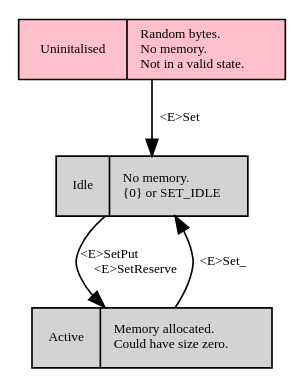
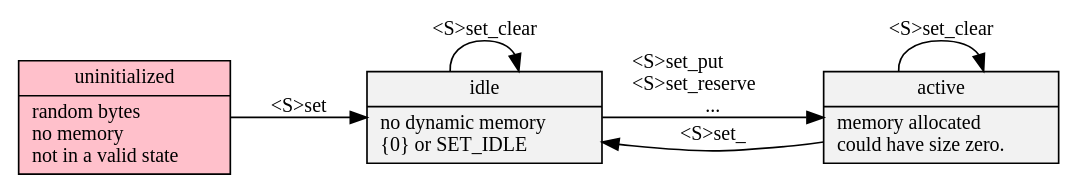
The diagram in web/states.gv (neil-edelman/boxes), drawn with Graphviz before and after one commit. The commit also changed 2 other files, not shown here.

```diff
--- a/web/states.gv
+++ b/web/states.gv
@@ -1,15 +1,18 @@
 digraph {
-	//rankdir = LR;
-	fontname = "Bitstream Vera Sans"
-	fontsize = 8
-	node [ fontname = "Bitstream Vera Sans" fontsize = 8 shape = "record" ]
-	edge [ fontname = "Bitstream Vera Sans" fontsize = 8 ]
+	rankdir = LR;
+	node [shape = "record", style=filled, fillcolor="Grey95"];
+	fontname = "Bitstream Vera Sans";
+	fontsize = 12;
+	node [fontname = "Bitstream Vera Sans", fontsize = 12];
+	edge [fontname = "Bitstream Vera Sans" fontsize = 12];
 
-	node [ shape=record, style=filled ];
-	null [ label = "Uninitalised|Random bytes.\lNo memory.\lNot in a valid state.\l", fillcolor = pink ];
-	static [ label = "Idle|No memory.\l\{0\} or SET_IDLE\l" ];
-	dynamic [ label = "Active|Memory allocated.\lCould have size zero.\l" ];
-	null -> static [ label = "<E>Set" ];
-	static -> dynamic [ label = "<E>SetPut\l<E>SetReserve" ];
-	dynamic -> static [ label = "<E>Set_" ];
+	node [shape=record, style=filled];
+	null [label="uninitialized|random bytes\lno memory\lnot in a valid state\l", fillcolor="Pink"];
+	static [ label = "idle|no dynamic memory\l\{0\} or SET_IDLE\l" ];
+	dynamic [ label = "active|memory allocated\lcould have size zero.\l" ];
+	null -> static [ label = "<S>set" ];
+	static -> dynamic [ label = "<S>set_put\l<S>set_reserve\l..." ];
+	dynamic -> static [ label = "<S>set_" ];
+	dynamic -> dynamic [ label = "<S>set_clear" ];
+	static -> static [ label = "<S>set_clear" ];
 }
```
